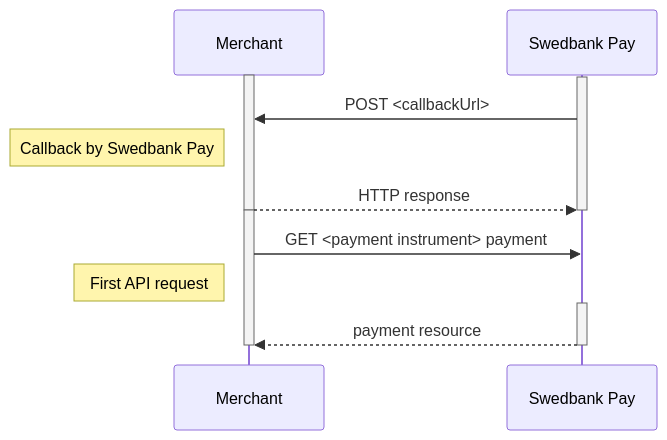
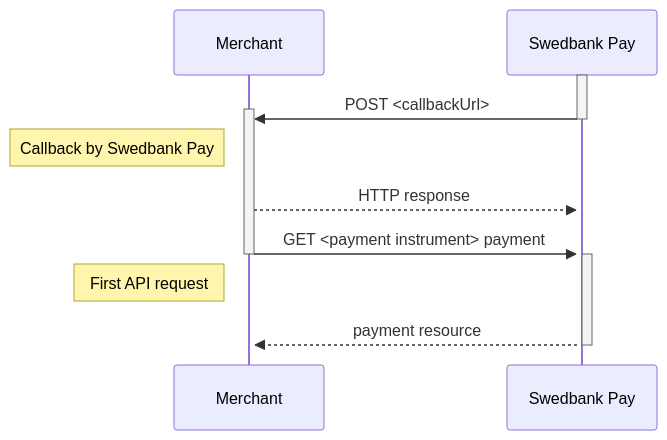
Before and after one commit to SwedbankPay/developer.swedbankpay.com: the diagram in _includes/callback-reference.md, drawn with Mermaid. The commit also changed other lines of this file and 6 other files, not shown here.

Commit message:
DX-413 fixed tables, added links and fixed diagrams

````diff
--- a/_includes/callback-reference.md
+++ b/_includes/callback-reference.md
@@ -76,21 +76,16 @@
 ```mermaid
 sequenceDiagram
   Participant Merchant
-  Participant swedbankpay as Swedbank Pay
+  Participant SwedbankPay as Swedbank Pay
 
-  activate Merchant
-  activate swedbankpay
-  swedbankpay->>Merchant: POST <callbackUrl>
+  activate SwedbankPay
+  SwedbankPay->>+Merchant: POST <callbackUrl>
+  deactivate SwedbankPay
   note left of Merchant: Callback by Swedbank Pay
-  Merchant-->>swedbankpay: HTTP response
-  deactivate swedbankpay
+  Merchant-->>+SwedbankPay: HTTP response
+  Merchant->>+SwedbankPay: GET <payment instrument> payment
   deactivate Merchant
-
-  activate Merchant
-  Merchant->>swedbankpay: GET <payment instrument> payment
   note left of Merchant: First API request
-  activate swedbankpay
-  swedbankpay-->>Merchant: payment resource
-  deactivate swedbankpay
-  deactivate Merchant
+  SwedbankPay-->>+Merchant: payment resource
+  deactivate SwedbankPay
 ```
````
